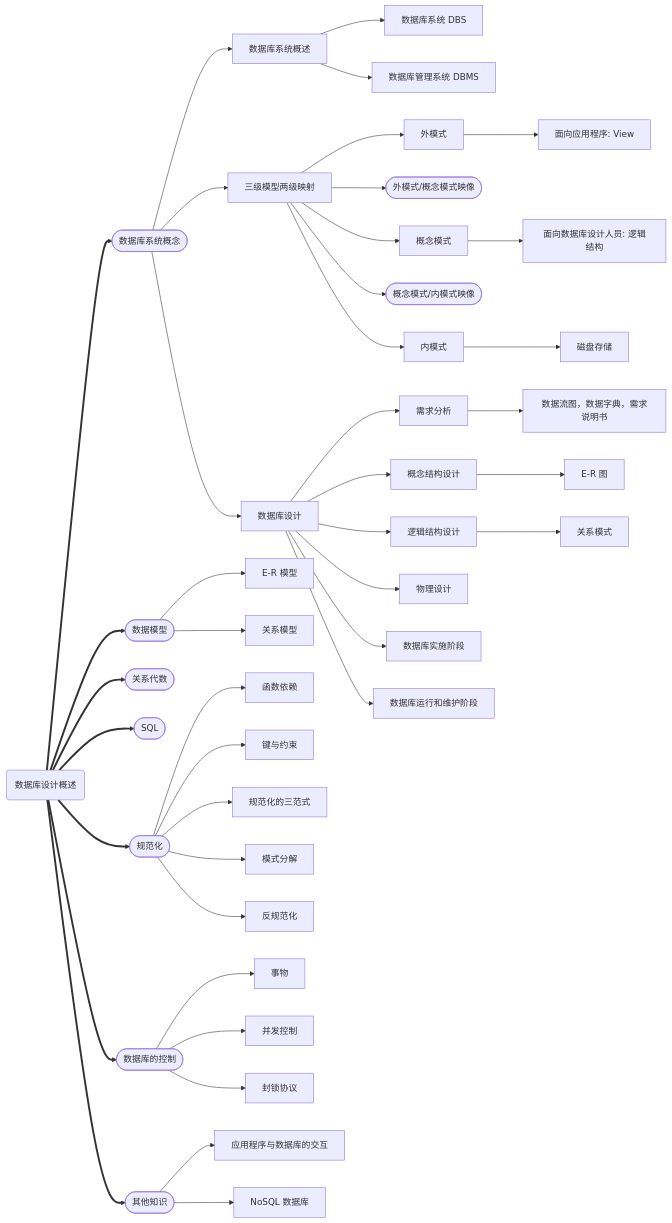
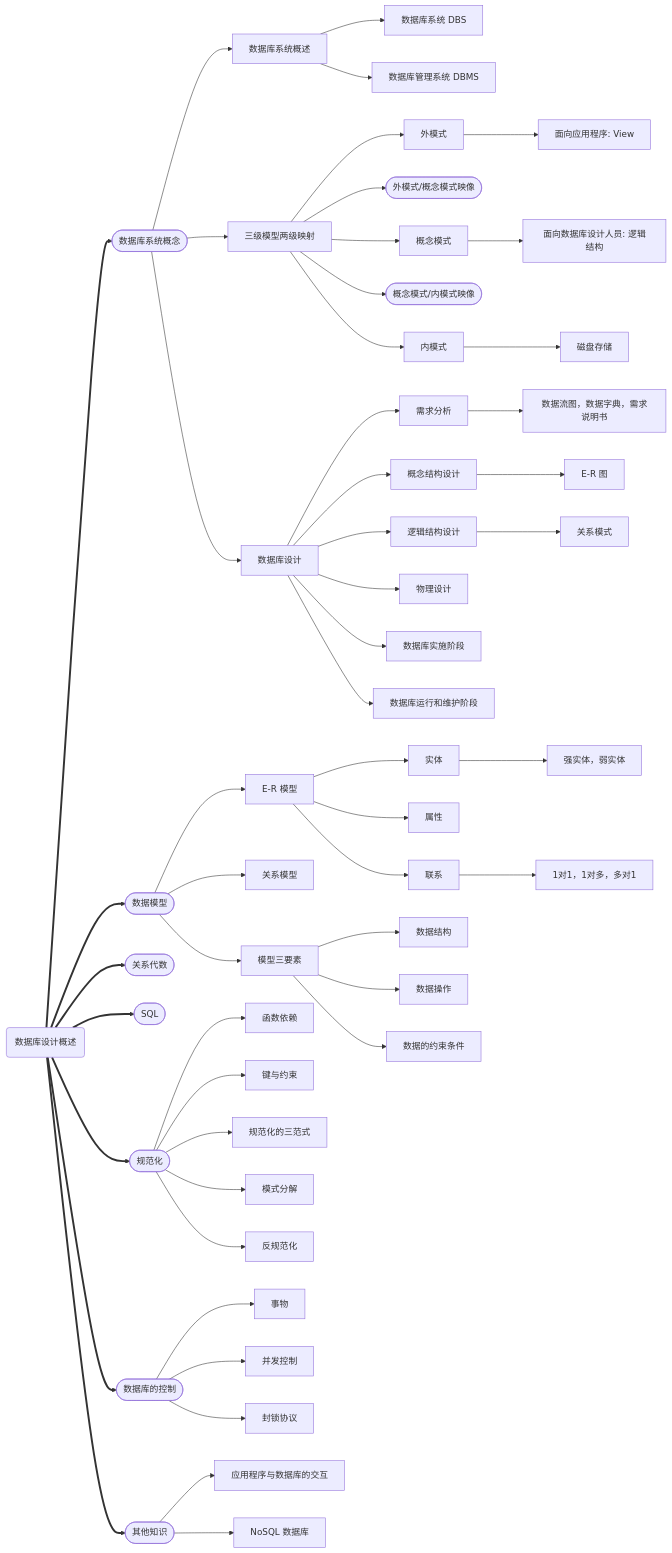
Before and after one commit to Rtoax/test-linux: the first of 4 diagrams in Documentation/ruankao/database.rst, drawn with Mermaid. The commit also changed 1 other file, not shown here.

Commit message:
Doc: ruankao: update database.rst
Vers: Ubuntu 25.10, Linux 6.17.0-19-generic, LaTeXmk 4.87, Sphinx 8.2.3, Python 3.13.7

```diff
--- a/Documentation/ruankao/database.rst
+++ b/Documentation/ruankao/database.rst
@@ -19,51 +19,63 @@
 .. mermaid::
    :caption: 数据库设计
 
     flowchart LR
         DB(数据库设计概述) ==> Concept([数据库系统概念])
         DB ==> Model([数据模型])
         DB ==> RelationalAlgebra([关系代数])
         DB ==> SQL([SQL])
         DB ==> Norm([规范化])
         DB ==> Control([数据库的控制])
         DB ==> Other([其他知识])
 
         Concept --> Concept1[数据库系统概述]
         Concept --> Concept2[三级模型两级映射]
         Concept --> Design[数据库设计]
 
         Concept1 --> DBS[数据库系统 DBS]
         Concept1 --> DBMS[数据库管理系统 DBMS]
 
         Concept2 --> ExternalLevel[外模式]
         Concept2 --> Image1([外模式/概念模式映像])
         Concept2 --> ConceptualLevel[概念模式]
         Concept2 --> Image2([概念模式/内模式映像])
         Concept2 --> InternalLevel[内模式]
 
         ExternalLevel --> ExternalLevel1[面向应用程序: View]
         ConceptualLevel --> ConceptualLevel1[面向数据库设计人员: 逻辑结构]
         InternalLevel --> InternalLevel1[磁盘存储]
 
         Design --> Design1[需求分析] --> Design11[数据流图，数据字典，需求说明书]
         Design --> Design2[概念结构设计] --> Design21[E-R 图]
         Design --> Design3[逻辑结构设计] --> Design31[关系模式]
         Design --> Design4[物理设计]
         Design --> Design5[数据库实施阶段]
         Design --> Design6[数据库运行和维护阶段]
 
-        Model --> E-R[E-R 模型]
+        Model --> ER[E-R 模型]
         Model --> Model2[关系模型]
+        Model --> ModelElement[模型三要素]
+
+        ER --> ER1[实体]
+        ER --> ER2[属性]
+        ER --> ER3[联系]
+
+        ER1 --> ER11[强实体，弱实体]
+        ER3 --> ER31[1对1，1对多，多对1]
+
+        ModelElement --> ModelElement1[数据结构]
+        ModelElement --> ModelElement2[数据操作]
+        ModelElement --> ModelElement3[数据的约束条件]
 
         Norm --> Norm1[函数依赖]
         Norm --> Norm2[键与约束]
         Norm --> Norm3[规范化的三范式]
         Norm --> Norm4[模式分解]
         Norm --> Norm5[反规范化]
 
         Control --> Transaction[事物]
         Control --> Concurrency[并发控制]
         Control --> Blockade[封锁协议]
 
         Other --> App[应用程序与数据库的交互]
         Other --> NoSQL[NoSQL 数据库]
```
